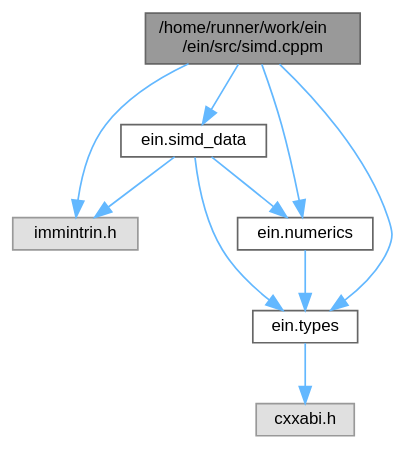
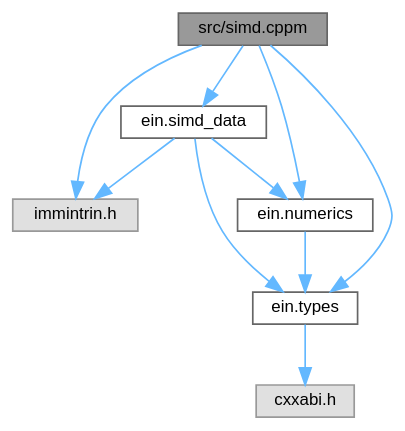
One commit to ekmett/ein changed the diagram in de/d10/simd_8cppm__incl.dot. Above: the diagram before and after it, drawn with Graphviz. The commit also changed 79 other files, not shown here.

```diff
--- a/de/d10/simd_8cppm__incl.dot
+++ b/de/d10/simd_8cppm__incl.dot
@@ -1,22 +1,22 @@
-digraph "/home/runner/work/ein/ein/src/simd.cppm"
+digraph "src/simd.cppm"
 {
  // LATEX_PDF_SIZE
   bgcolor="transparent";
   edge [fontname=Helvetica,fontsize=10,labelfontname=Helvetica,labelfontsize=10];
   node [fontname=Helvetica,fontsize=10,shape=box,height=0.2,width=0.4];
-  Node1 [id="Node000001",label="/home/runner/work/ein\l/ein/src/simd.cppm",height=0.2,width=0.4,color="gray40", fillcolor="grey60", style="filled", fontcolor="black",tooltip=" "];
+  Node1 [id="Node000001",label="src/simd.cppm",height=0.2,width=0.4,color="gray40", fillcolor="grey60", style="filled", fontcolor="black",tooltip=" "];
   Node1 -> Node2 [id="edge1_Node000001_Node000002",color="steelblue1",style="solid",tooltip=" "];
   Node2 [id="Node000002",label="immintrin.h",height=0.2,width=0.4,color="grey60", fillcolor="#E0E0E0", style="filled",tooltip=" "];
   Node1 -> Node3 [id="edge2_Node000001_Node000003",color="steelblue1",style="solid",tooltip=" "];
   Node3 [id="Node000003",label="ein.simd_data",height=0.2,width=0.4,color="grey40", fillcolor="white", style="filled",URL="$df/d88/simd__data_8cppm.html",tooltip=" "];
   Node3 -> Node2 [id="edge3_Node000003_Node000002",color="steelblue1",style="solid",tooltip=" "];
   Node3 -> Node4 [id="edge4_Node000003_Node000004",color="steelblue1",style="solid",tooltip=" "];
   Node4 [id="Node000004",label="ein.types",height=0.2,width=0.4,color="grey40", fillcolor="white", style="filled",URL="$d8/dcb/types_8cppm.html",tooltip=" "];
   Node4 -> Node5 [id="edge5_Node000004_Node000005",color="steelblue1",style="solid",tooltip=" "];
   Node5 [id="Node000005",label="cxxabi.h",height=0.2,width=0.4,color="grey60", fillcolor="#E0E0E0", style="filled",tooltip=" "];
   Node3 -> Node6 [id="edge6_Node000003_Node000006",color="steelblue1",style="solid",tooltip=" "];
   Node6 [id="Node000006",label="ein.numerics",height=0.2,width=0.4,color="grey40", fillcolor="white", style="filled",URL="$d5/d65/numerics_8cppm.html",tooltip=" "];
   Node6 -> Node4 [id="edge7_Node000006_Node000004",color="steelblue1",style="solid",tooltip=" "];
   Node1 -> Node4 [id="edge8_Node000001_Node000004",color="steelblue1",style="solid",tooltip=" "];
   Node1 -> Node6 [id="edge9_Node000001_Node000006",color="steelblue1",style="solid",tooltip=" "];
 }
```
